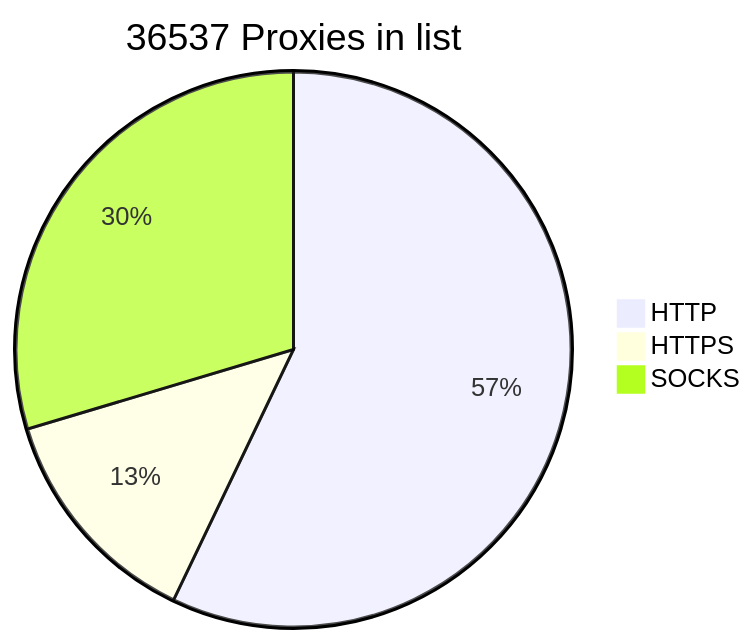
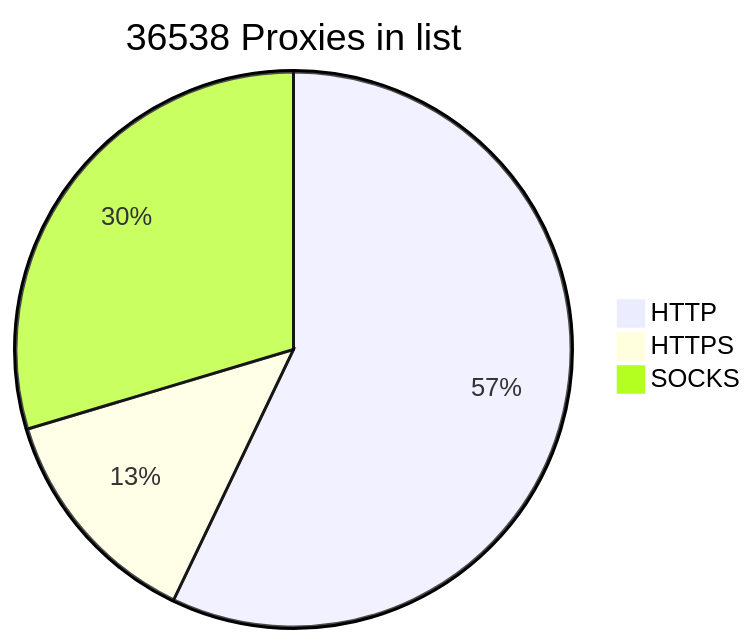
The diagram in README.md (BlackSnowDot/proxylist-update-every-minute), drawn with Mermaid before and after one commit.

````diff
--- a/README.md
+++ b/README.md
@@ -2,6 +2,6 @@
 ```mermaid
-pie title 36537 Proxies in list
+pie title 36538 Proxies in list
     "HTTP" : 23182
     "HTTPS": 5386
-    "SOCKS" : 12025
+    "SOCKS" : 12026
 ```
````
